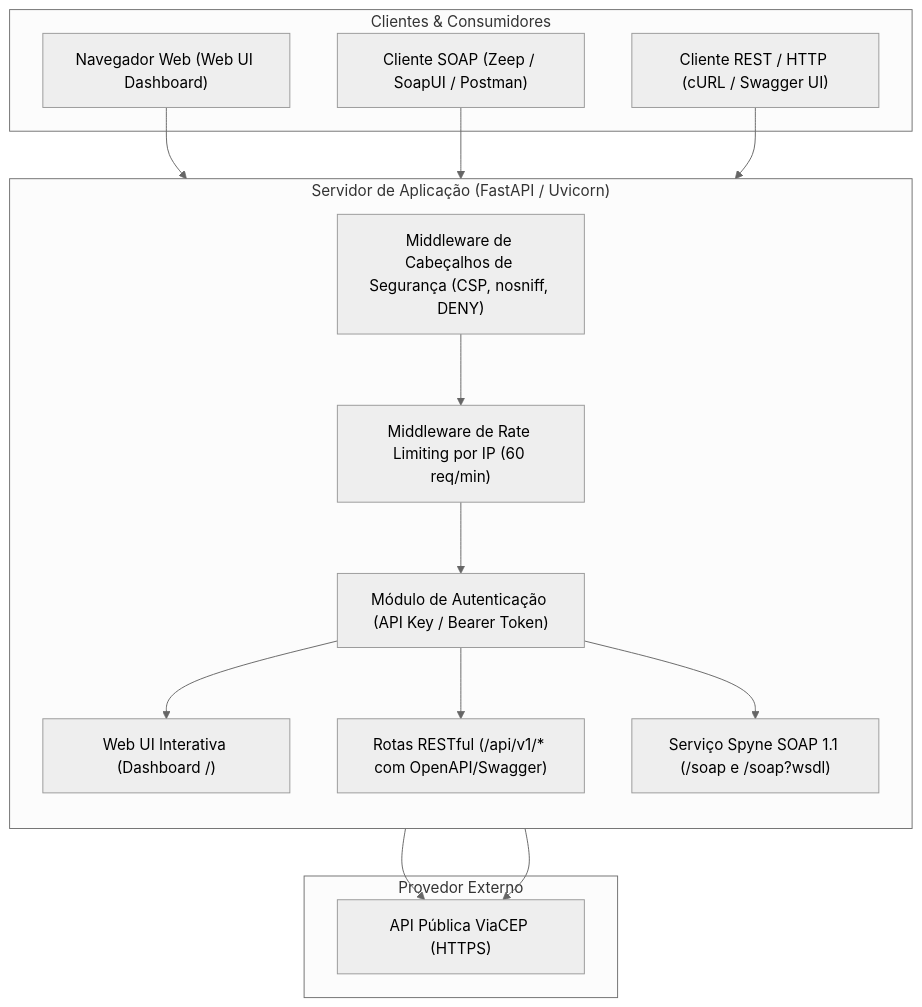
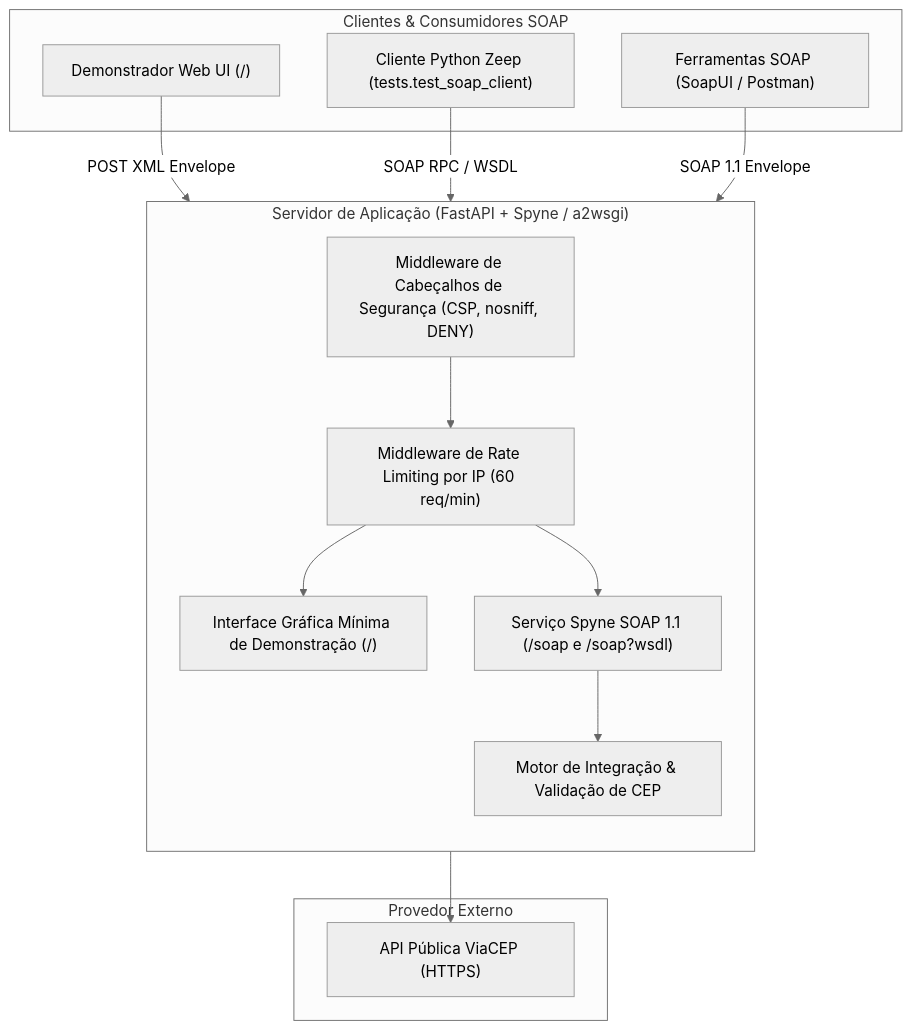
Before and after one commit to VicVald/api-soap: the diagram in README.md, drawn with Mermaid (neutral theme). The commit also changed other lines of this file and 12 other files, not shown here.

Commit message:
refactor: remove REST API routes and simplify web UI for SOAP 1.1 demonstration

````diff
--- a/README.md
+++ b/README.md
@@ -15,36 +15,33 @@
 ```mermaid
 flowchart TD
-    subgraph Clientes["Clientes & Consumidores"]
-        C1["Navegador Web (Web UI Dashboard)"]
-        C2["Cliente SOAP (Zeep / SoapUI / Postman)"]
-        C3["Cliente REST / HTTP (cURL / Swagger UI)"]
+    subgraph Clientes["Clientes & Consumidores SOAP"]
+        C1["Demonstrador Web UI (/)"]
+        C2["Cliente Python Zeep (tests.test_soap_client)"]
+        C3["Ferramentas SOAP (SoapUI / Postman)"]
     end
 
-    subgraph Servidor["Servidor de Aplicação (FastAPI / Uvicorn)"]
+    subgraph Servidor["Servidor de Aplicação (FastAPI + Spyne / a2wsgi)"]
         direction TB
         M1["Middleware de Cabeçalhos de Segurança (CSP, nosniff, DENY)"]
         M2["Middleware de Rate Limiting por IP (60 req/min)"]
-        SEC["Módulo de Autenticação (API Key / Bearer Token)"]
         
-        UI["Web UI Interativa (Dashboard /)"]
-        REST["Rotas RESTful (/api/v1/* com OpenAPI/Swagger)"]
+        UI["Interface Gráfica Mínima de Demonstração (/)"]
         SOAP["Serviço Spyne SOAP 1.1 (/soap e /soap?wsdl)"]
+        ENGINE["Motor de Integração & Validação de CEP"]
     end
 
     subgraph Integracao["Provedor Externo"]
         VIACEP["API Pública ViaCEP (HTTPS)"]
     end
 
-    C1 --> M1
-    C2 --> M1
-    C3 --> M1
+    C1 -->|"POST XML Envelope"| M1
+    C2 -->|"SOAP RPC / WSDL"| M1
+    C3 -->|"SOAP 1.1 Envelope"| M1
+    
     M1 --> M2
-    M2 --> SEC
-
-    SEC --> UI
-    SEC --> REST
-    SEC --> SOAP
-
-    REST --> VIACEP
-    SOAP --> VIACEP
+    M2 --> UI
+    M2 --> SOAP
+    
+    SOAP --> ENGINE
+    ENGINE --> VIACEP
 ```
````
